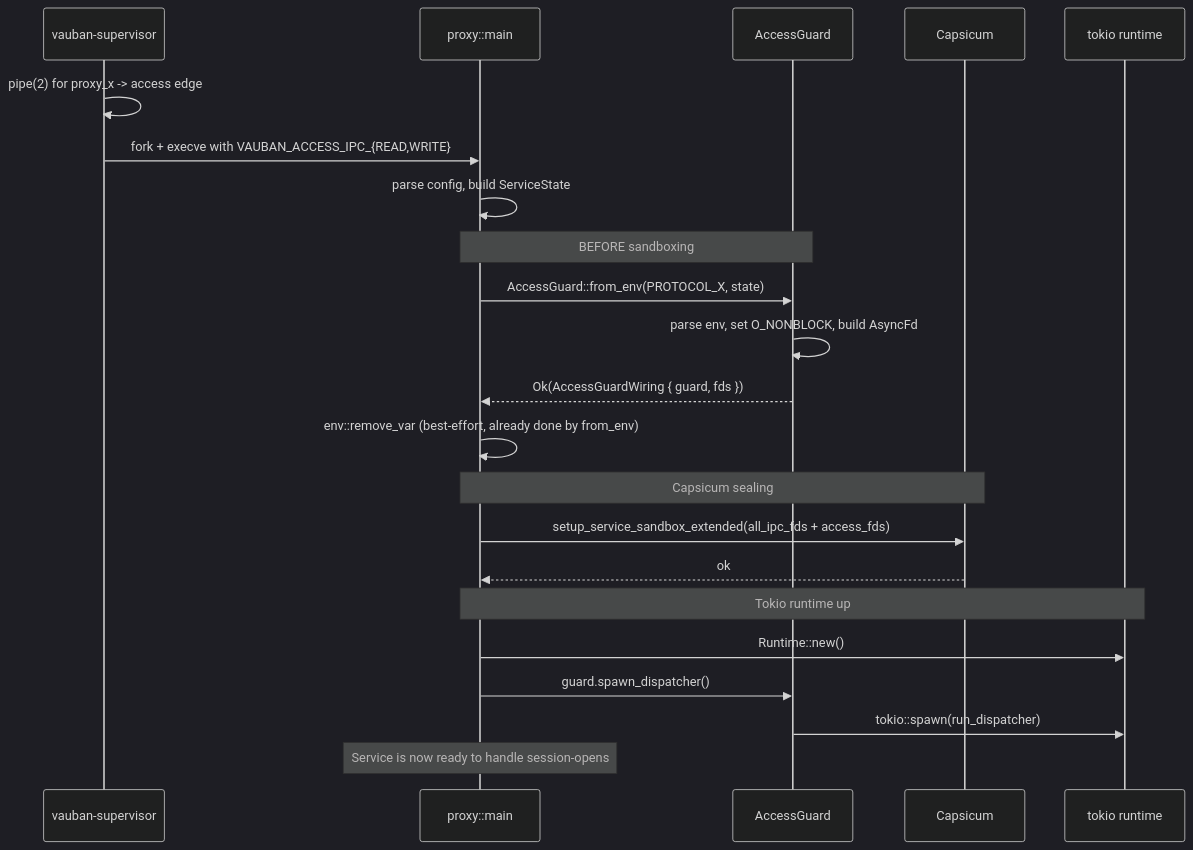
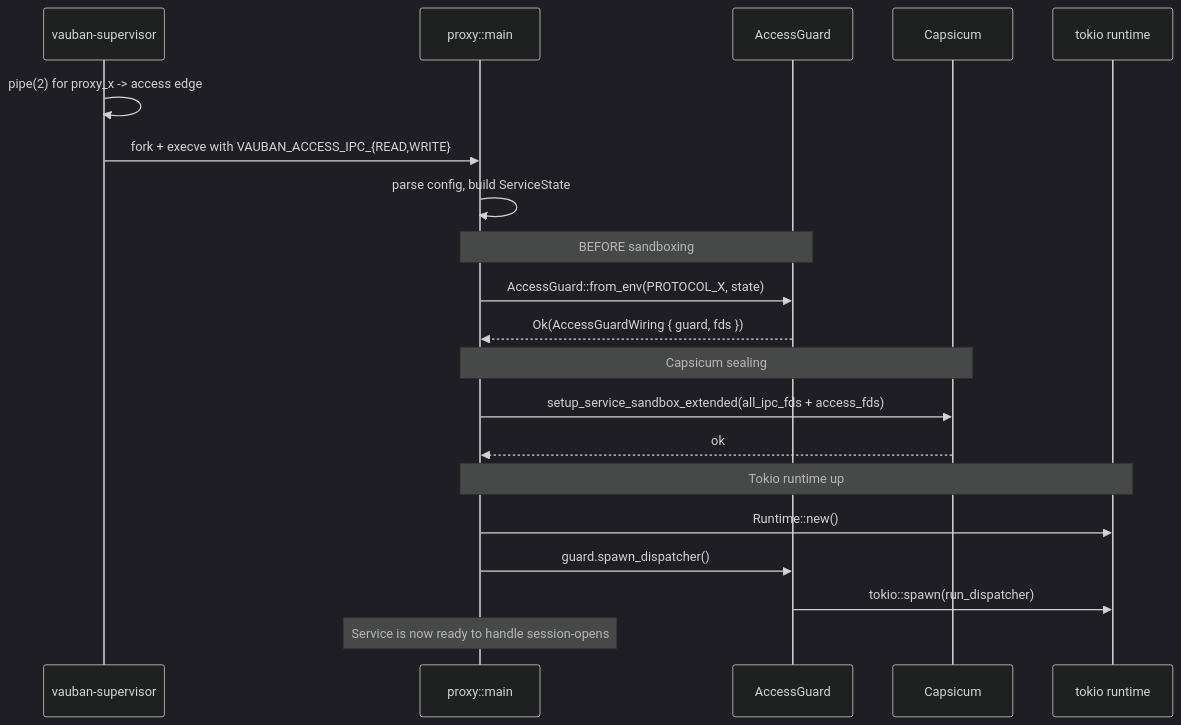
Before and after one commit to rbenaley/Vauban: the fourth of 5 diagrams in docs/technical/Vauban_AccessGuard_Architecture_EN(1.0).md, drawn with Mermaid (dark theme). The commit also changed other lines of this file, not shown here.

````diff
--- a/docs/technical/Vauban_AccessGuard_Architecture_EN(1.0).md
+++ b/docs/technical/Vauban_AccessGuard_Architecture_EN(1.0).md
@@ -470,29 +330,27 @@
 ```mermaid
 sequenceDiagram
     participant Sup as vauban-supervisor
     participant Main as proxy::main
     participant AG as AccessGuard
     participant Cap as Capsicum
     participant Tok as tokio runtime
 
     Sup->>Sup: pipe(2) for proxy_x -> access edge
     Sup->>Main: fork + execve with VAUBAN_ACCESS_IPC_{READ,WRITE}
 
     Main->>Main: parse config, build ServiceState
     Note over Main,AG: BEFORE sandboxing
     Main->>AG: AccessGuard::from_env(PROTOCOL_X, state)
-    AG->>AG: parse env, set O_NONBLOCK, build AsyncFd
     AG-->>Main: Ok(AccessGuardWiring { guard, fds })
-    Main->>Main: env::remove_var (best-effort, already done by from_env)
 
     Note over Main,Cap: Capsicum sealing
     Main->>Cap: setup_service_sandbox_extended(all_ipc_fds + access_fds)
     Cap-->>Main: ok
 
     Note over Main,Tok: Tokio runtime up
     Main->>Tok: Runtime::new()
     Main->>AG: guard.spawn_dispatcher()
     AG->>Tok: tokio::spawn(run_dispatcher)
 
     Note over Main: Service is now ready to handle session-opens
 ```
````
